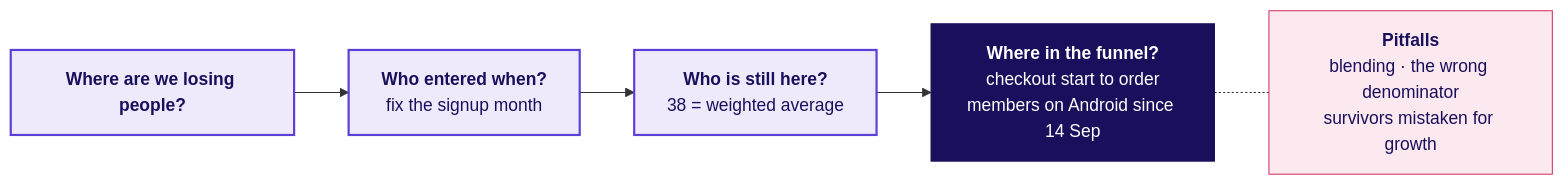
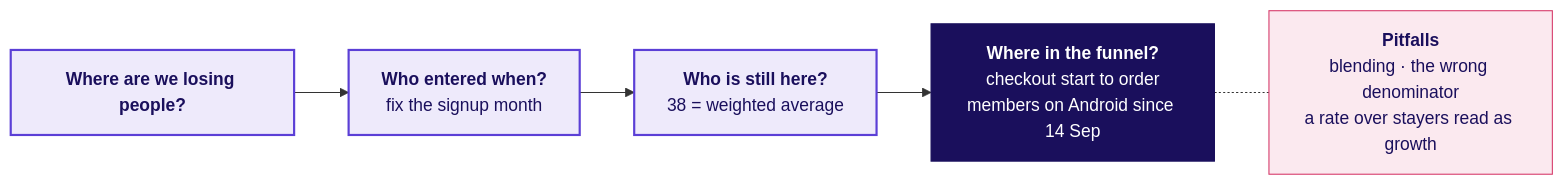
One commit to fde-academy-lab/c2-content-factory changed the sixth of 6 diagrams in content/W04/D4/slides/C2_W04_D04_half1_STUDENT.md. Above: the diagram before and after it, drawn with Mermaid. The commit also changed other lines of this file and 5 other files, not shown here.

````diff
--- a/content/W04/D4/slides/C2_W04_D04_half1_STUDENT.md
+++ b/content/W04/D4/slides/C2_W04_D04_half1_STUDENT.md
@@ -814,13 +830,13 @@
 ```mermaid
 flowchart LR
     A["<b>Where are we losing people?</b>"] --> Q1["<b>Who entered when?</b><br/>fix the signup month"]
     Q1 --> Q2["<b>Who is still here?</b><br/>38 = weighted average"]
     Q2 --> Q3["<b>Where in the funnel?</b><br/>checkout start to order<br/>members on Android since 14 Sep"]
-    Q3 -.- P["<b>Pitfalls</b><br/>blending · the wrong denominator<br/>survivors mistaken for growth"]
+    Q3 -.- P["<b>Pitfalls</b><br/>blending · the wrong denominator<br/>a rate over stayers read as growth"]
     classDef lit fill:#1A0F5C,stroke:#1A0F5C,color:#FFFFFF
     classDef known fill:#EEEAFB,stroke:#5B3FD6,color:#1A0F5C,stroke-width:2px
     classDef bad fill:#FBE9EF,stroke:#D63A6A,color:#1A0F5C
     class A,Q1,Q2 known
     class Q3 lit
     class P bad
 ```
````
